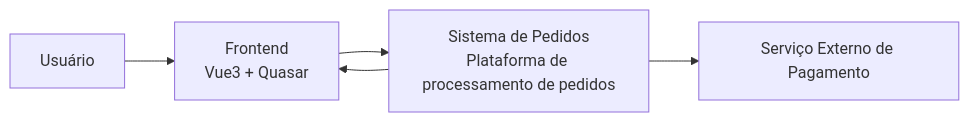
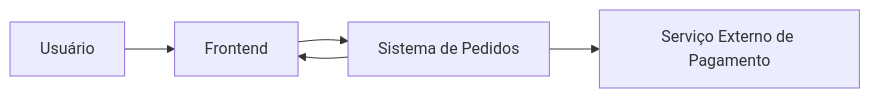
The diagram in docs/architecture/c4-context.md (victorgianvechio/microservices-demo), drawn with Mermaid before and after one commit.

Commit message:
ajustado descrição do C4 context

````diff
--- a/docs/architecture/c4-context.md
+++ b/docs/architecture/c4-context.md
@@ -9,19 +9,19 @@
 ```mermaid
 flowchart LR
 
 User[Usuário]
 
-Frontend[Frontend<br>Vue3 + Quasar]
+Frontend[Frontend]
 
-System[Sistema de Pedidos<br>Plataforma de processamento de pedidos]
+System[Sistema de Pedidos]
 
 PaymentExt[Serviço Externo de Pagamento]
 
 User --> Frontend
 
 Frontend --> System
 
 System --> PaymentExt
 
 System --> Frontend
 ```
````
